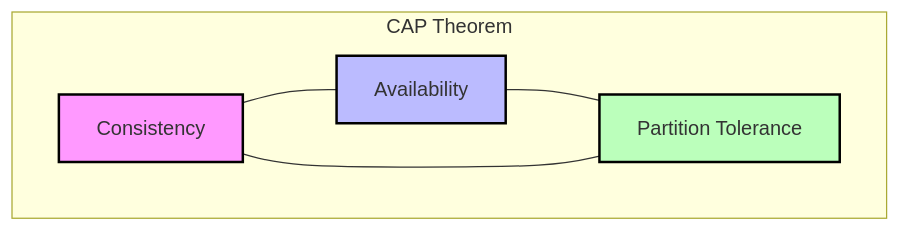
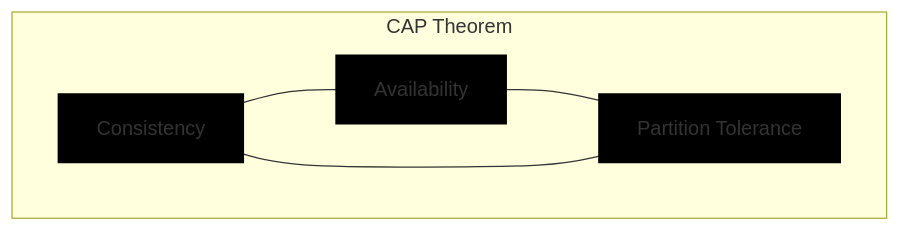
Before and after one commit to bvvivek6/PLACEMENT-REVISION: the first of 2 diagrams in SYSTEM-DESIGN/01-fundamentals/cap-theorem.md, drawn with Mermaid.

Commit message:
minor visibility change

````diff
--- a/SYSTEM-DESIGN/01-fundamentals/cap-theorem.md
+++ b/SYSTEM-DESIGN/01-fundamentals/cap-theorem.md
@@ -31,13 +31,14 @@
 ```mermaid
 graph TD
     subgraph CAP Theorem
     C[Consistency] --- A[Availability]
     A --- P[Partition Tolerance]
     P --- C
     end
 
-    style C fill:#f9f,stroke:#000,stroke-width:2px
-    style A fill:#bbf,stroke:#000,stroke-width:2px
-    style P fill:#bfb,stroke:#000,stroke-width:2px
+    style C fill:#000,stroke:#000,stroke-width:2px
+
+    style A fill:#000,stroke:#000,stroke-width:2px
+    style P fill:#000,stroke:#000,stroke-width:2px
 
 ```
````
